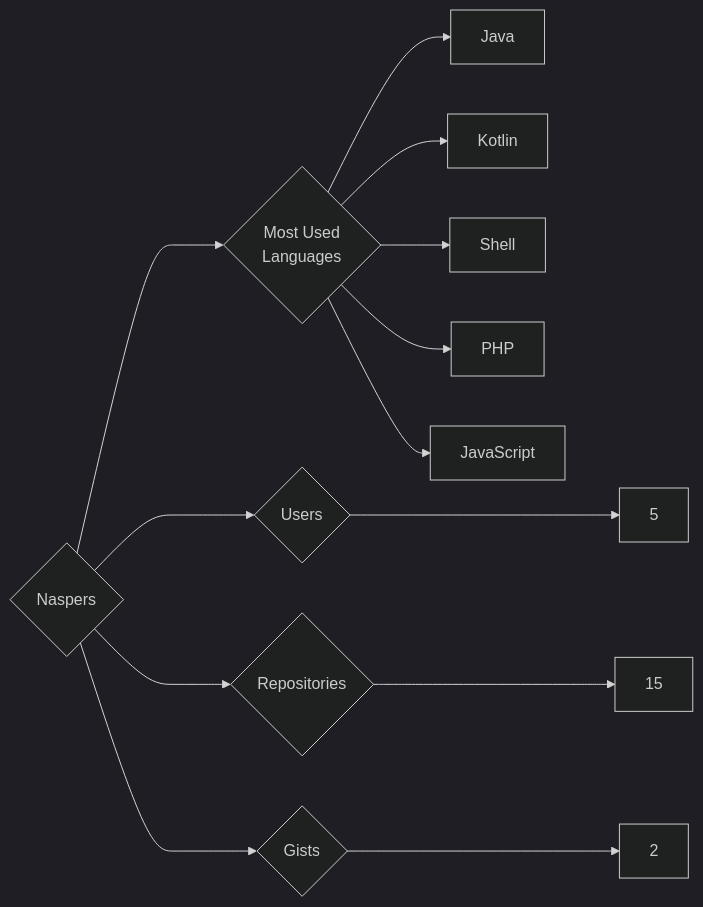
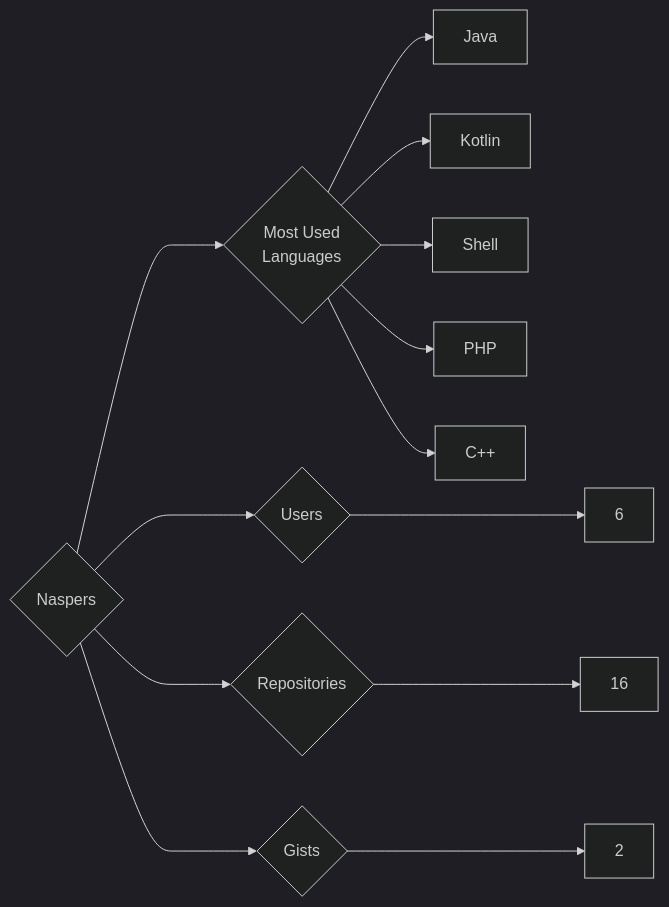
The diagram in targets/Naspers/README.md (trickest/insiders), drawn with Mermaid (dark theme) before and after one commit. The commit also changed 839 other files, not shown here.

````diff
--- a/targets/Naspers/README.md
+++ b/targets/Naspers/README.md
@@ -3,13 +3,13 @@
 ```mermaid
 graph LR
 COMPANY_NAME{Naspers}
-COMPANY_NAME ---> U{Users} ---> UN[5]
-COMPANY_NAME ---> R{Repositories} ---> RN[15]
+COMPANY_NAME ---> U{Users} ---> UN[6]
+COMPANY_NAME ---> R{Repositories} ---> RN[16]
 COMPANY_NAME ---> G{Gists} ---> GN[2]
 COMPANY_NAME ---> ML{Most Used<br>Languages}
 ML --> Java[Java]
 ML --> Kotlin[Kotlin]
 ML --> Shell[Shell]
 ML --> PHP[PHP]
-ML --> JavaScript[JavaScript]
+ML --> C++[C++]
 ```
````
